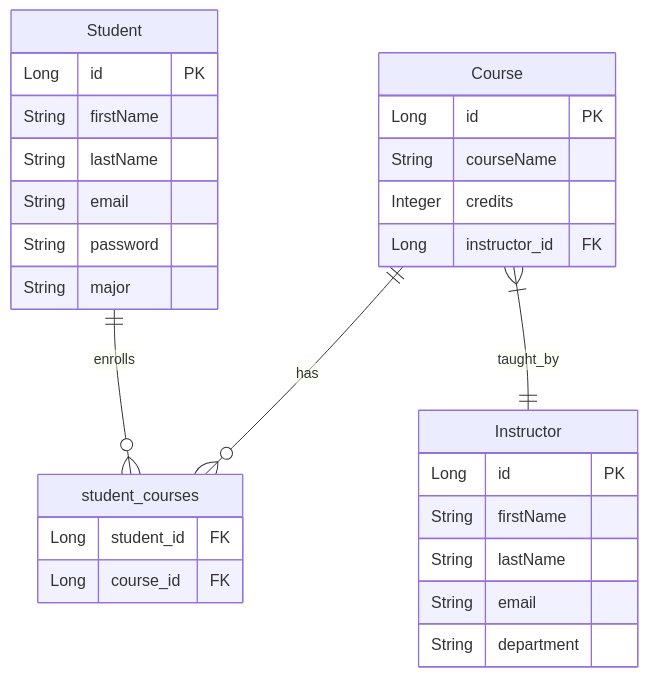
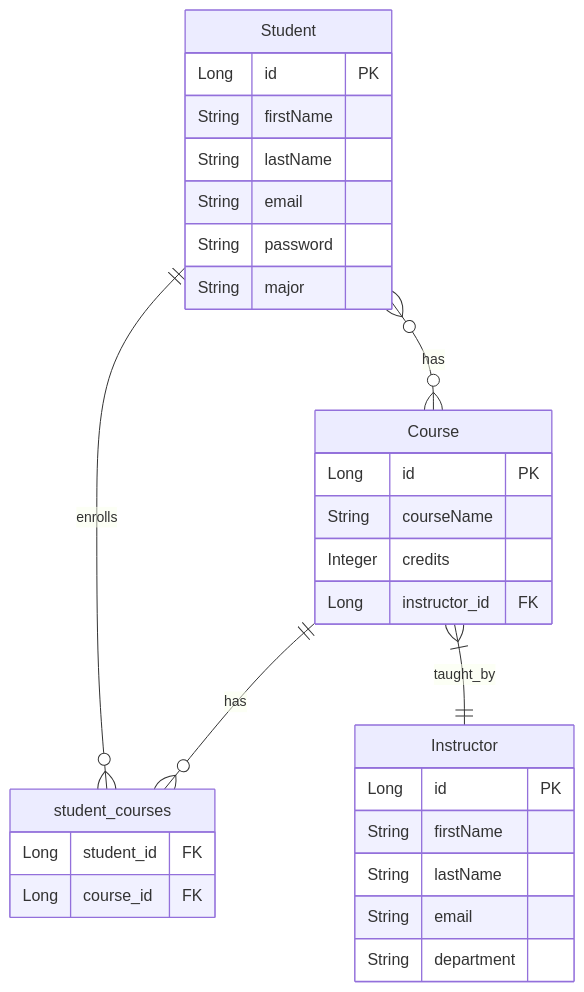
Before and after one commit to harunkrl/eduportal-backend: the diagram in README.md, drawn with Mermaid.

````diff
--- a/README.md
+++ b/README.md
@@ -120,35 +120,36 @@
 ```mermaid
 erDiagram
    Student ||--o{ student_courses : enrolls
    Course ||--o{ student_courses : has
    Course }|--|| Instructor : taught_by
-
+   Student }o -- o{ Course: has
+   
    Student {
       Long id PK
       String firstName
       String lastName
       String email
       String password
       String major
    }
 
    Instructor {
       Long id PK
       String firstName
       String lastName
       String email
       String department
    }
 
    Course {
       Long id PK
       String courseName
       Integer credits
       Long instructor_id FK
    }
 
    student_courses {
       Long student_id FK
       Long course_id FK
    }
 ```
````
